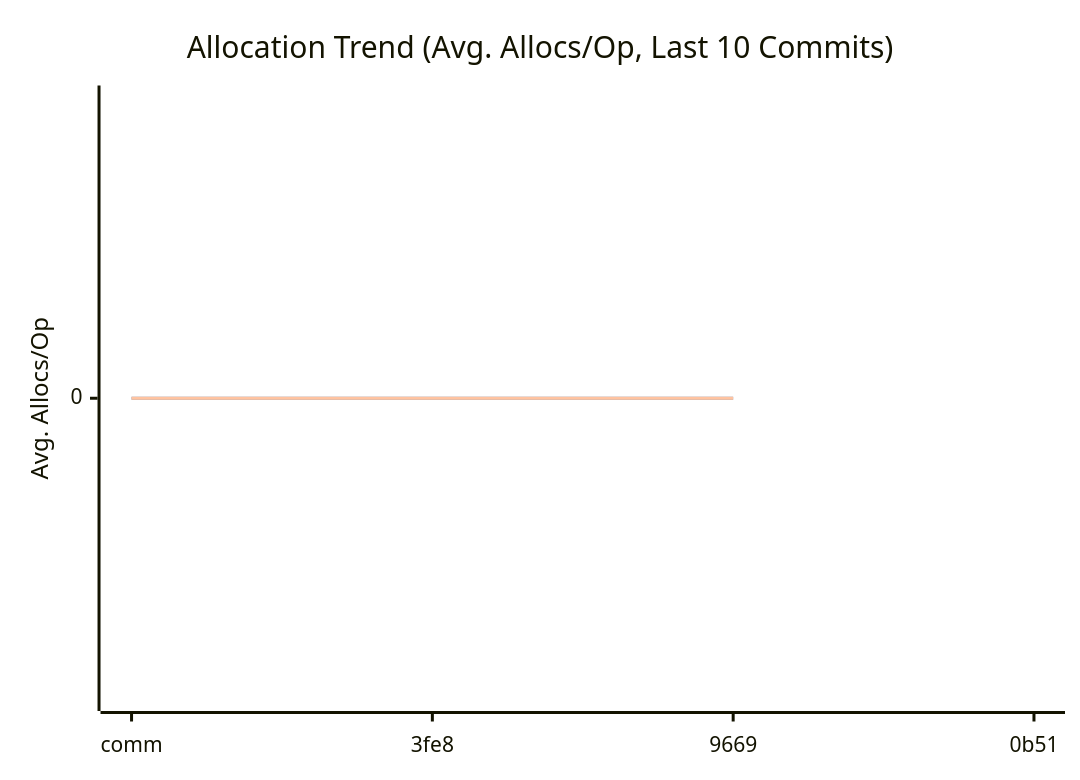
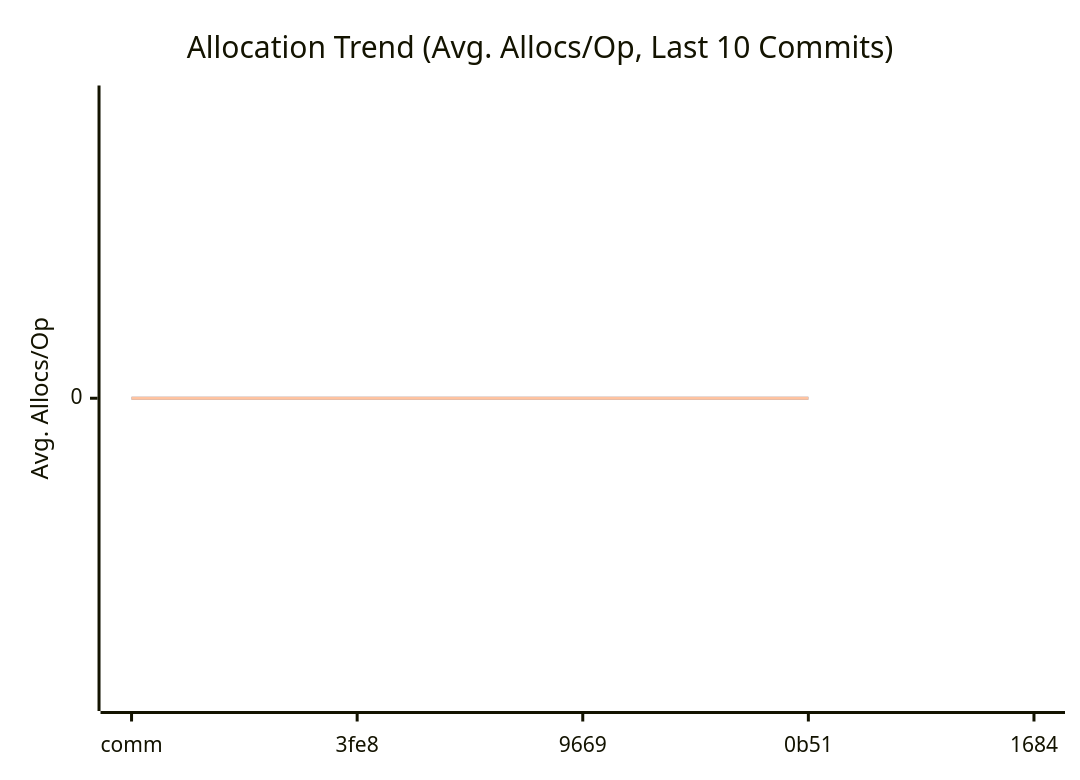
Before and after one commit to alsotoes/momo: the third of 3 diagrams in doc/README.md, drawn with Mermaid. The commit also changed other lines of this file and 1 other file, not shown here.

````diff
--- a/doc/README.md
+++ b/doc/README.md
@@ -305,11 +312,10 @@
 ```mermaid
 xychart-beta
     title "Allocation Trend (Avg. Allocs/Op, Last 10 Commits)"
     x-axis "Commit"
     y-axis "Avg. Allocs/Op"
-    x-axis [comm,3fe8,9669,0b51]
-
-    line "CheckMetricsAndSwap" [0,0,0]
-    line "IndexDirectTracking" [0,0,0]
-    line "IndexSearch" [0,0,0]
+    x-axis [comm,3fe8,9669,0b51,1684]
+    line "CheckMetricsAndSwap" [0,0,0,0]
+    line "IndexDirectTracking" [0,0,0,0]
+    line "IndexSearch" [0,0,0,0]
 ```
````
